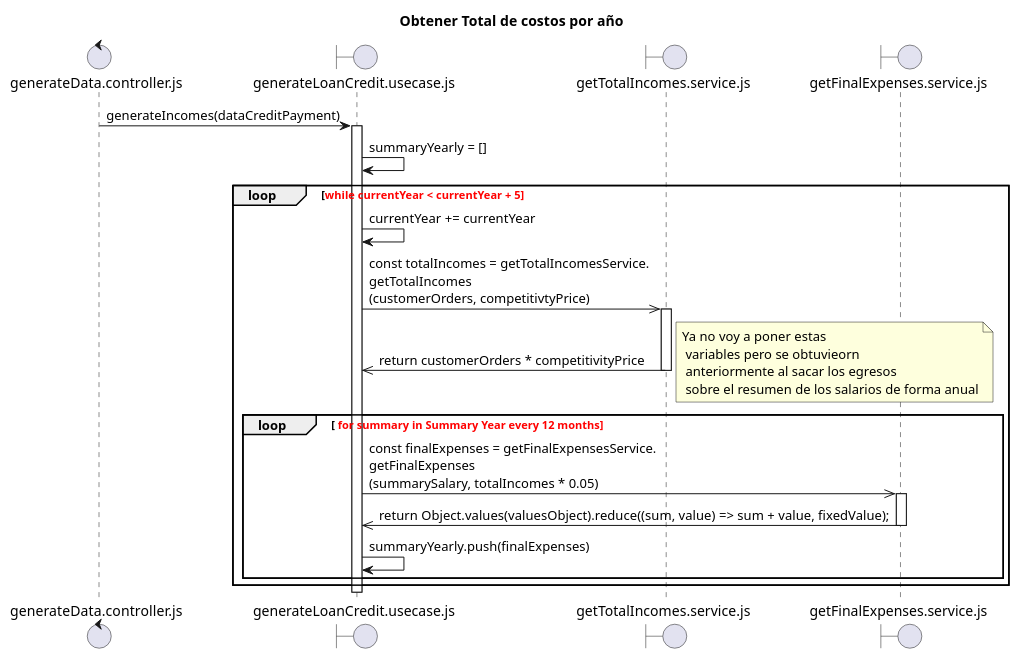
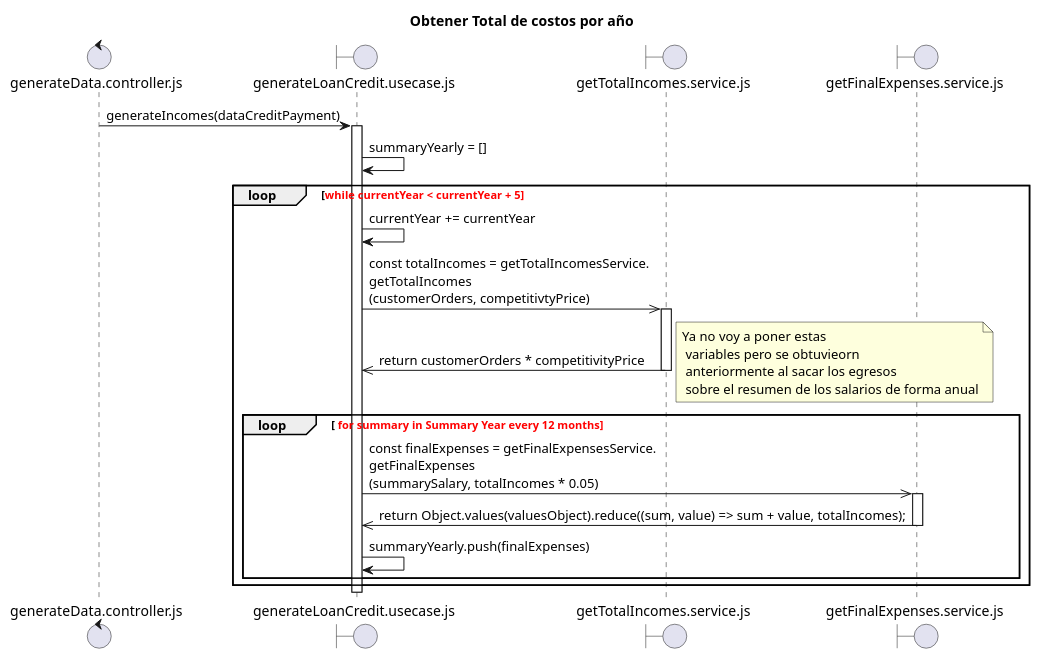
One commit to famchiyaque/MxRep-Backend changed the diagram in documentation/ObtenerCostosPoraño.plantuml. Above: the diagram before and after it, drawn with PlantUML. The commit also changed 2 other files, not shown here.

```diff
--- a/documentation/ObtenerCostosPoraño.plantuml
+++ b/documentation/ObtenerCostosPoraño.plantuml
@@ -1,35 +1,35 @@
 @startuml ObtenerCostosPoraño.plantuml
 title "Obtener Total de costos por año"
 
 control "generateData.controller.js" as C
 boundary "generateLoanCredit.usecase.js" as UC
 boundary "getTotalIncomes.service.js" as SGTI
 boundary "getFinalExpenses.service.js" as SCP
 
 
 C -> UC: generateIncomes(dataCreditPayment)
 activate UC
 UC -> UC: summaryYearly = []
 loop <font color=red>while currentYear < currentYear + 5 
    UC ->UC: currentYear += currentYear
    UC ->> SGTI: const totalIncomes = getTotalIncomesService.\ngetTotalIncomes\n(customerOrders, competitivtyPrice) 
     activate SGTI
     SGTI ->> UC: return customerOrders * competitivityPrice
     deactivate SGTI
    loop <font color=red> for summary in Summary Year every 12 months
 
     note right: Ya no voy a poner estas\n variables pero se obtuvieorn\n anteriormente al sacar los egresos \n sobre el resumen de los salarios de forma anual
     UC ->> SCP: const finalExpenses = getFinalExpensesService.\ngetFinalExpenses\n(summarySalary, totalIncomes * 0.05)
     activate SCP
-    SCP ->> UC: return  Object.values(valuesObject).reduce((sum, value) => sum + value, fixedValue);
+    SCP ->> UC: return  Object.values(valuesObject).reduce((sum, value) => sum + value, totalIncomes);
     deactivate SCP
     UC -> UC: summaryYearly.push(finalExpenses)
     end
 end
 
         
        
 deactivate UC
 
 
 @enduml
```
